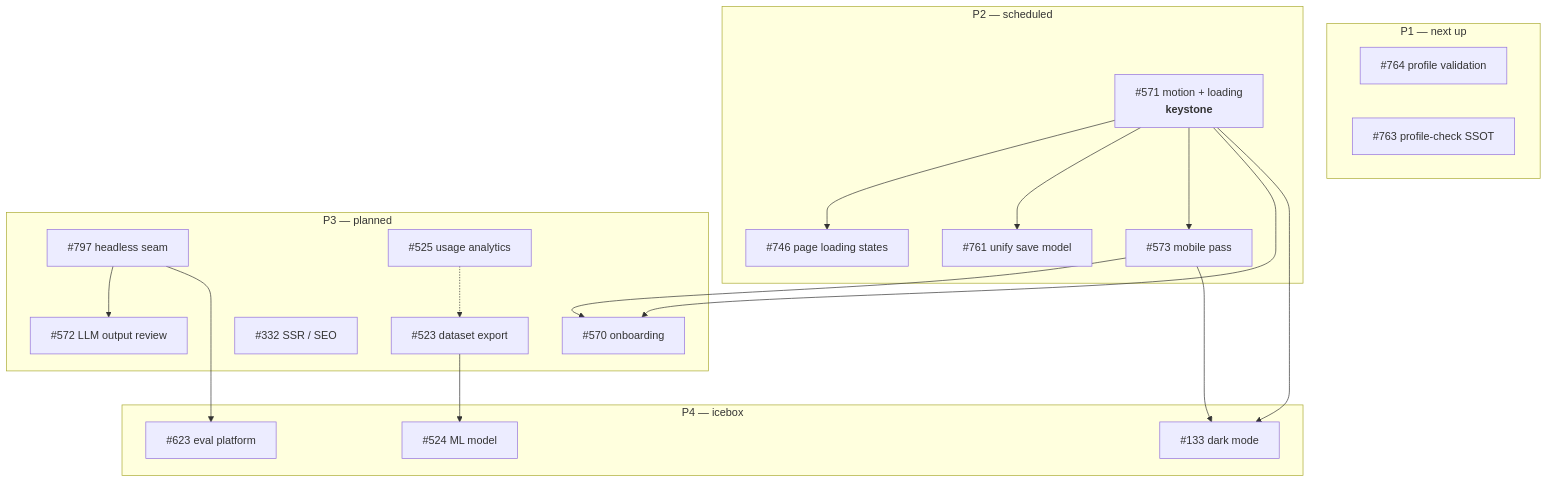
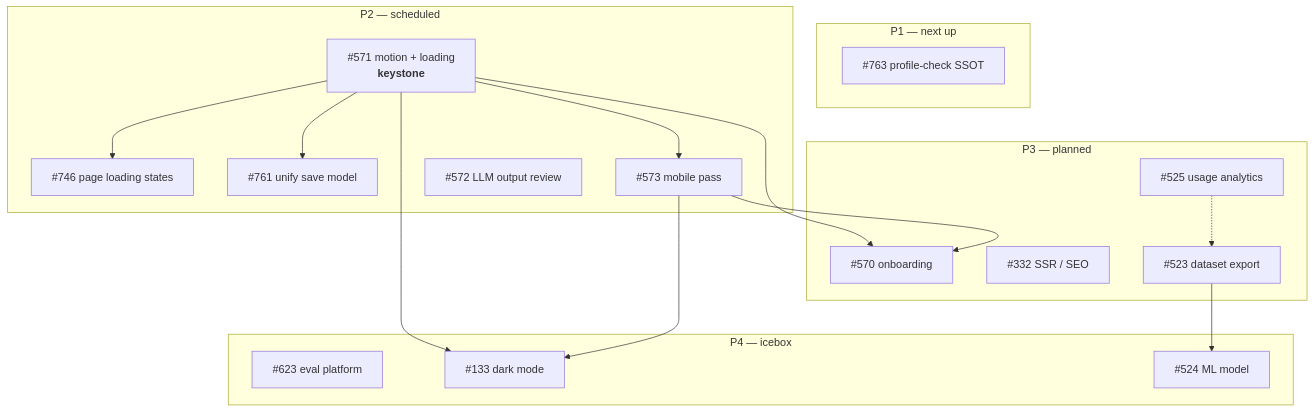
The diagram in docs/plans/ISSUE_BACKLOG.md (Smart-Apply/applo), drawn with Mermaid before and after one commit. The commit also changed other lines of this file, not shown here.

````diff
--- a/docs/plans/ISSUE_BACKLOG.md
+++ b/docs/plans/ISSUE_BACKLOG.md
@@ -428,41 +383,37 @@
 ```mermaid
 graph TD
   subgraph P1["P1 — next up"]
-    I764["#764 profile validation"]
     I763["#763 profile-check SSOT"]
   end
 
   subgraph P2["P2 — scheduled"]
     I571["#571 motion + loading<br/><b>keystone</b>"]
     I746["#746 page loading states"]
     I761["#761 unify save model"]
     I573["#573 mobile pass"]
+    I572["#572 LLM output review"]
   end
 
   subgraph P3["P3 — planned"]
-    I797["#797 headless seam"]
-    I572["#572 LLM output review"]
     I570["#570 onboarding"]
     I332["#332 SSR / SEO"]
     I525["#525 usage analytics"]
     I523["#523 dataset export"]
   end
 
   subgraph P4["P4 — icebox"]
     I623["#623 eval platform"]
     I133["#133 dark mode"]
     I524["#524 ML model"]
   end
 
   I571 --> I746
   I571 --> I761
   I571 --> I573
   I571 --> I570
   I573 --> I570
   I571 --> I133
   I573 --> I133
-  I797 --> I572
-  I797 --> I623
   I523 --> I524
   I525 -.-> I523
 ```
````
